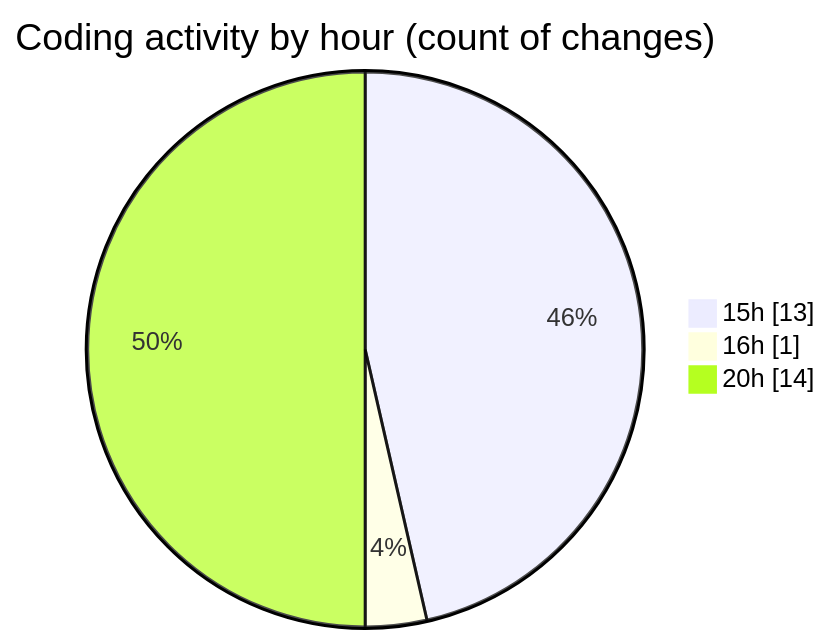
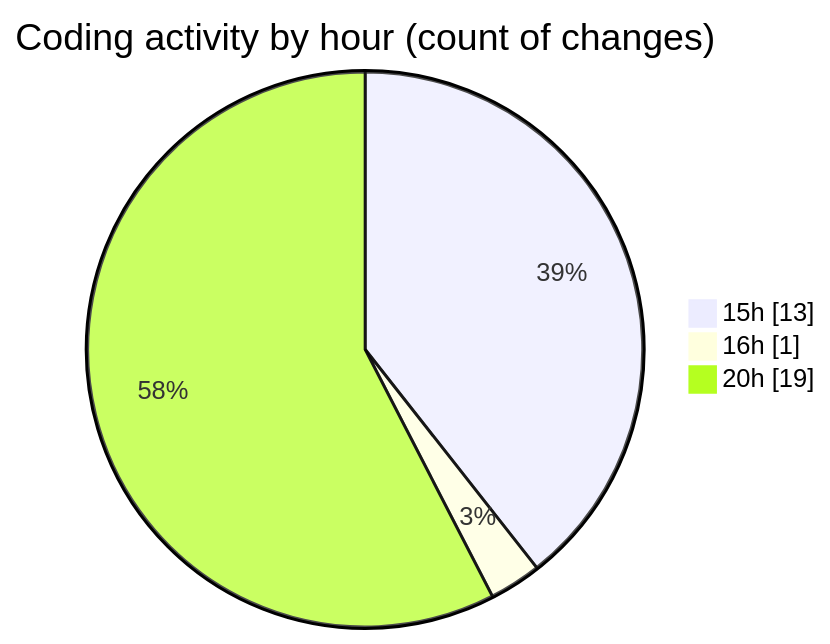
One commit to EIIisD/code-tracking changed the second of 2 diagrams in 2025-07-17/ribbon/README.md. Above: the diagram before and after it, drawn with Mermaid. The commit also changed other lines of this file and 1 other file, not shown here.

````diff
--- a/2025-07-17/ribbon/README.md
+++ b/2025-07-17/ribbon/README.md
@@ -45,7 +45,7 @@
 ```mermaid
 pie showData
 title Coding activity by hour (count of changes)
 "15h" : 13
 "16h" : 1
-"20h" : 14
+"20h" : 19
 ```
````
